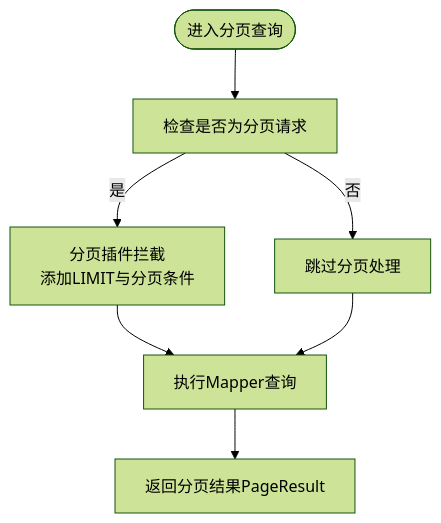
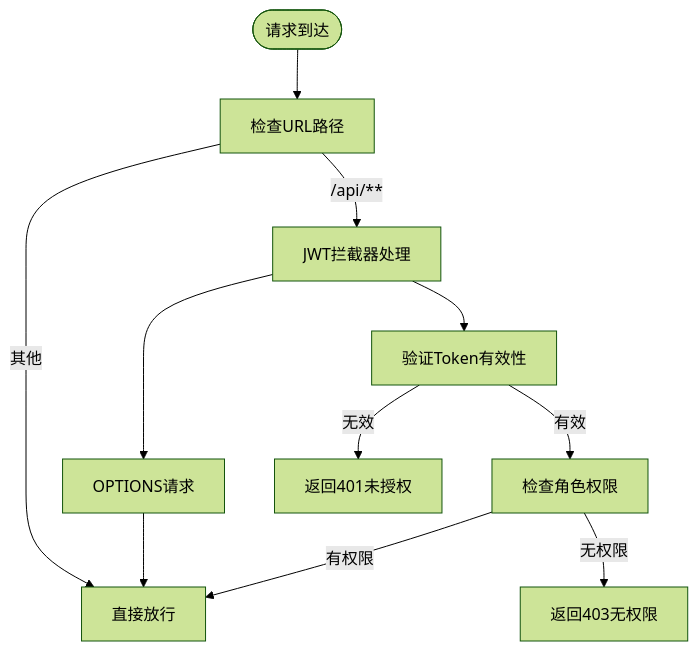
The third of 8 diagrams in .qoder/repowiki/zh/content/后端系统设计/后端系统设计.md (Jian9527/HelenEdu), drawn with Mermaid (forest theme) before and after one commit. The commit also changed other lines of this file and 41 other files, not shown here.

````diff
--- a/.qoder/repowiki/zh/content/后端系统设计/后端系统设计.md
+++ b/.qoder/repowiki/zh/content/后端系统设计/后端系统设计.md
@@ -181,9 +185,13 @@
 ```mermaid
 flowchart TD
-Start(["进入分页查询"]) --> Check["检查是否为分页请求"]
-Check --> |是| Interceptor["分页插件拦截<br/>添加LIMIT与分页条件"]
-Check --> |否| Skip["跳过分页处理"]
-Interceptor --> Mapper["执行Mapper查询"]
-Skip --> Mapper
-Mapper --> Result["返回分页结果PageResult"]
+Start(["请求到达"]) --> CheckPath["检查URL路径"]
+CheckPath --> |/api/**| CheckAuth["JWT拦截器处理"]
+CheckPath --> |其他| Pass["直接放行"]
+CheckAuth --> Options["OPTIONS请求"]
+Options --> Pass
+CheckAuth --> Validate["验证Token有效性"]
+Validate --> |有效| RoleCheck["检查角色权限"]
+Validate --> |无效| Error401["返回401未授权"]
+RoleCheck --> |有权限| Pass
+RoleCheck --> |无权限| Error403["返回403无权限"]
 ```
````
